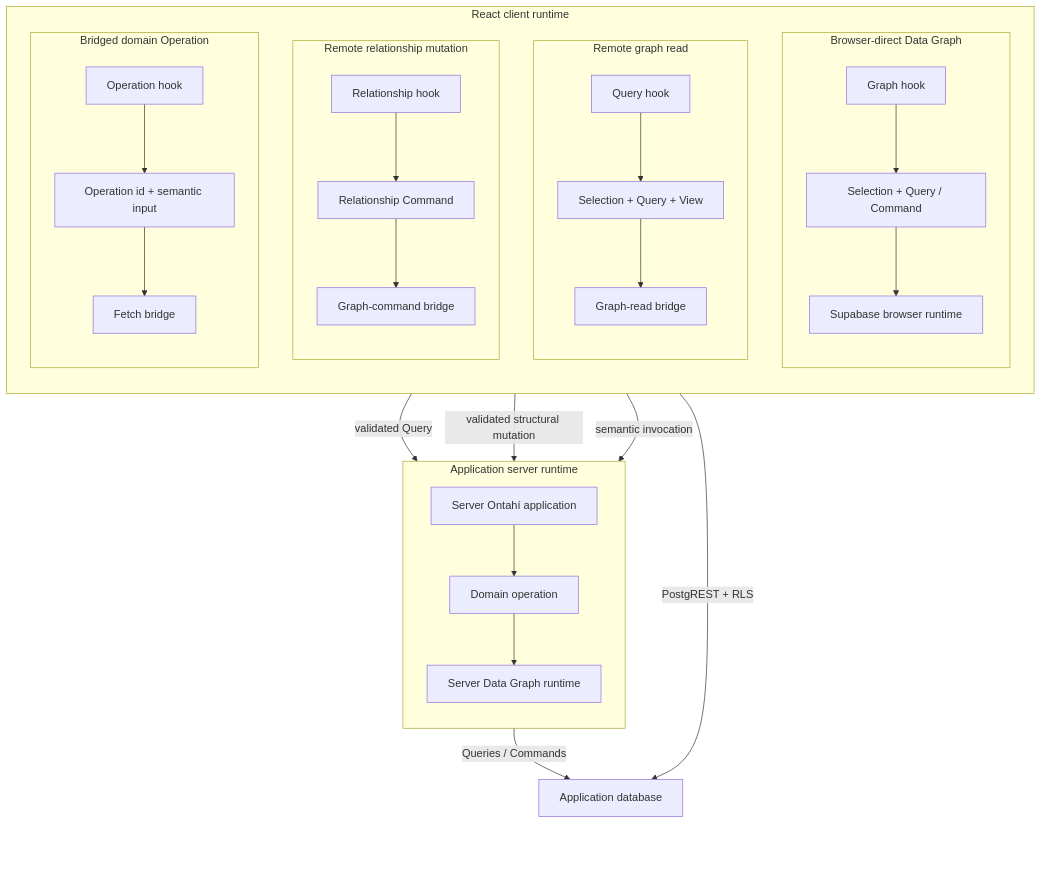
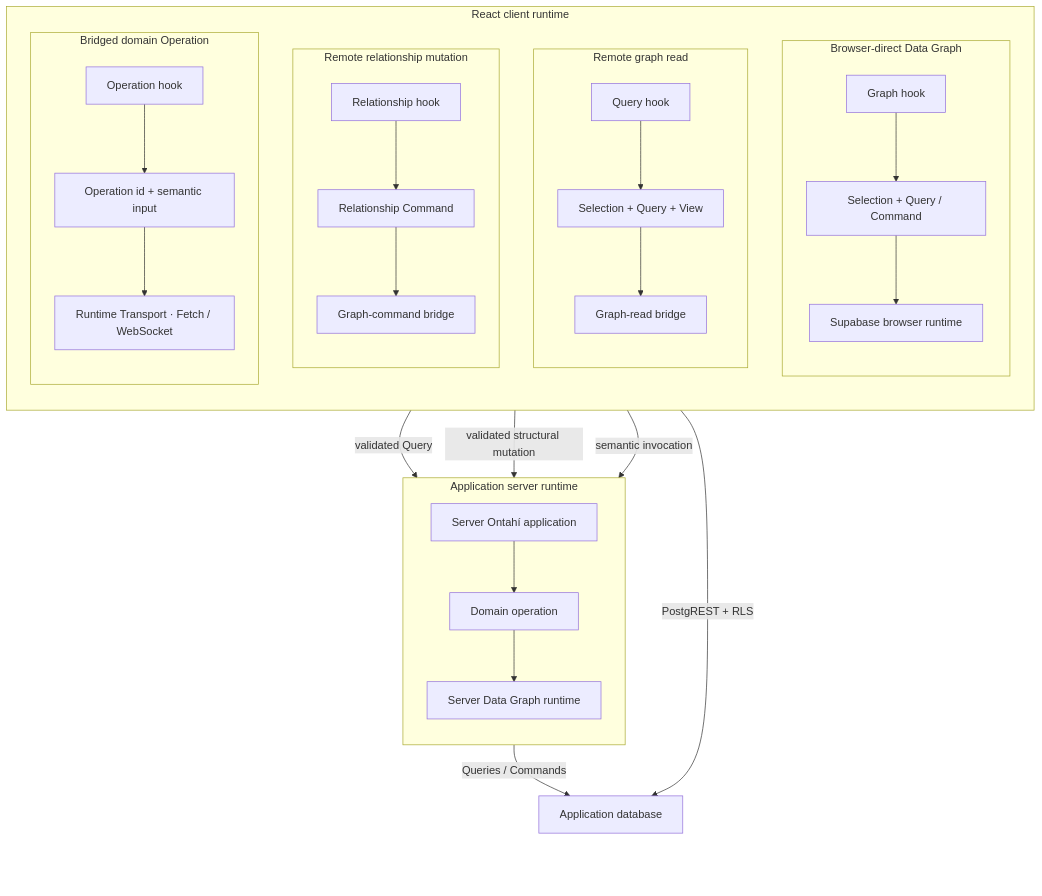
Before and after one commit to javifernandes/ontahi: the diagram in docs/developers/03-runtimes/03-transport-and-http-ingress.md, drawn with Mermaid. The commit also changed other lines of this file and 13 other files, not shown here.

````diff
--- a/docs/developers/03-runtimes/03-transport-and-http-ingress.md
+++ b/docs/developers/03-runtimes/03-transport-and-http-ingress.md
@@ -344,47 +394,47 @@
 ```mermaid
 flowchart TB
   subgraph Client["React client runtime"]
     direction TB
     subgraph Direct["Browser-direct Data Graph"]
       direction TB
       DirectHook["Graph hook"] --> Plan["Selection + Query / Command"]
       Plan --> BrowserRuntime["Supabase browser runtime"]
     end
 
     subgraph RemoteRead["Remote graph read"]
       direction TB
       QueryHook["Query hook"] --> ReadProgram["Selection + Query + View"]
       ReadProgram --> ReadBridge["Graph-read bridge"]
     end
 
     subgraph RemoteRelation["Remote relationship mutation"]
       direction TB
       RelationHook["Relationship hook"] --> RelationCommand["Relationship Command"]
       RelationCommand --> CommandBridge["Graph-command bridge"]
     end
 
     subgraph BridgedClient["Bridged domain Operation"]
       direction TB
       OperationHook["Operation hook"] --> Intention["Operation id + semantic input"]
-      Intention --> Bridge["Fetch bridge"]
+      Intention --> Bridge["Runtime Transport · Fetch / WebSocket"]
     end
   end
 
   subgraph Server["Application server runtime"]
     direction TB
     ServerApp["Server Ontahí application"]
     ServerApp --> DomainOperation["Domain operation"]
     DomainOperation --> ServerRuntime["Server Data Graph runtime"]
   end
 
   Database["Application database"]
   BrowserRuntime -->|"PostgREST + RLS"| Database
   ReadBridge -->|"validated Query"| ServerRuntime
   CommandBridge -->|"validated structural mutation"| ServerRuntime
   Bridge -->|"semantic invocation"| ServerApp
   ServerRuntime -->|"Queries / Commands"| Database
   Database ~~~ DatabaseMargin[" "]
 
   classDef margin fill:transparent,stroke:transparent,color:transparent
   class DatabaseMargin margin
 ```
````
